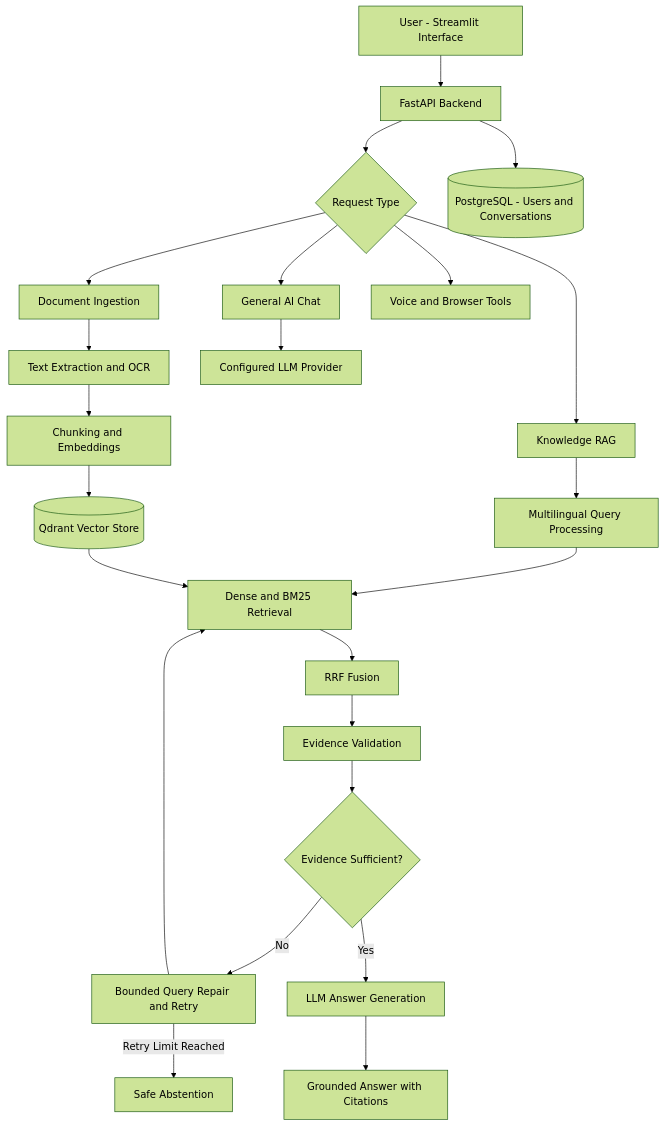
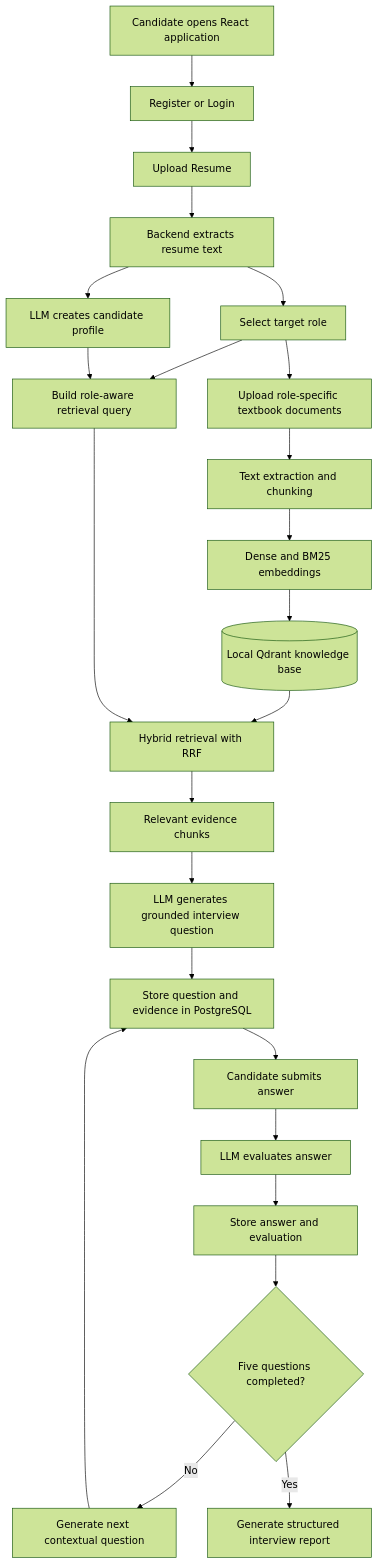
The diagram in README.md (KarunkumarAI/AI-Interviewer-Platform), drawn with Mermaid (forest theme) before and after one commit. The commit also changed other lines of this file, not shown here.

````diff
--- a/README.md
+++ b/README.md
@@ -37,31 +121,26 @@
 ```mermaid
 flowchart TD
-    A[User - Streamlit Interface] --> B[FastAPI Backend]
-    B --> C{Request Type}
-
-    C --> D[Document Ingestion]
-    C --> E[Knowledge RAG]
-    C --> F[General AI Chat]
-    C --> G[Voice and Browser Tools]
-
-    D --> H[Text Extraction and OCR]
-    H --> I[Chunking and Embeddings]
-    I --> J[(Qdrant Vector Store)]
-
-    E --> K[Multilingual Query Processing]
-    K --> L[Dense and BM25 Retrieval]
-    J --> L
-    L --> M[RRF Fusion]
-    M --> N[Evidence Validation]
-
-    N --> O{Evidence Sufficient?}
-    O -->|No| P[Bounded Query Repair and Retry]
-    P --> L
-    O -->|Yes| Q[LLM Answer Generation]
-    P -->|Retry Limit Reached| R[Safe Abstention]
-
-    Q --> S[Grounded Answer with Citations]
-    F --> T[Configured LLM Provider]
-
-    B --> U[(PostgreSQL - Users and Conversations)]
+    A[Candidate opens React application] --> B[Register or Login]
+    B --> C[Upload Resume]
+    C --> D[Backend extracts resume text]
+    D --> E[Select target role]
+    E --> F[Upload role-specific textbook documents]
+    F --> G[Text extraction and chunking]
+    G --> H[Dense and BM25 embeddings]
+    H --> I[(Local Qdrant knowledge base)]
+    D --> J[LLM creates candidate profile]
+    E --> K[Build role-aware retrieval query]
+    J --> K
+    I --> L[Hybrid retrieval with RRF]
+    K --> L
+    L --> M[Relevant evidence chunks]
+    M --> N[LLM generates grounded interview question]
+    N --> O[Store question and evidence in PostgreSQL]
+    O --> P[Candidate submits answer]
+    P --> Q[LLM evaluates answer]
+    Q --> R[Store answer and evaluation]
+    R --> S{Five questions completed?}
+    S -->|No| T[Generate next contextual question]
+    T --> O
+    S -->|Yes| U[Generate structured interview report]
 ```
````
